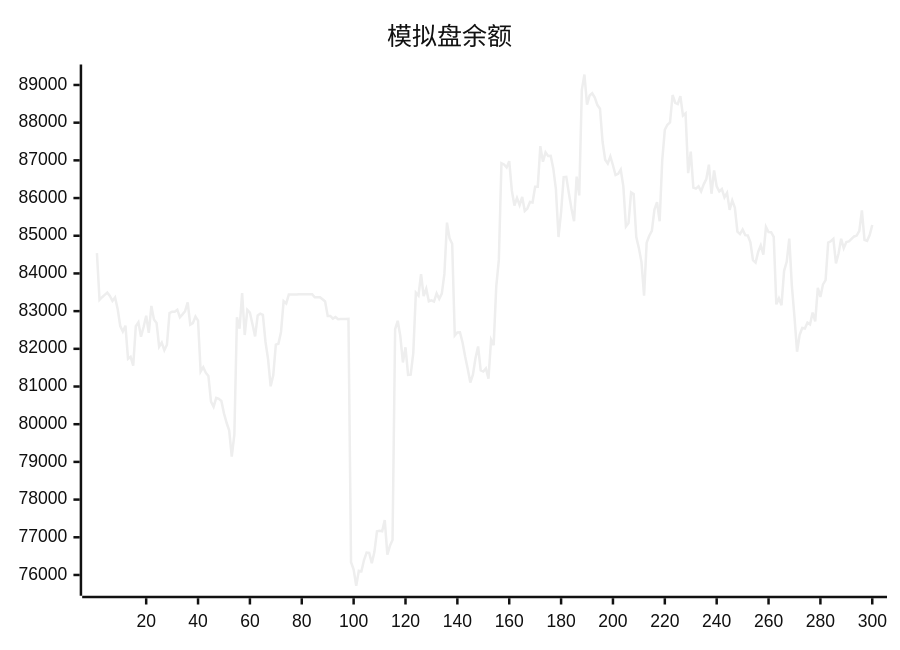
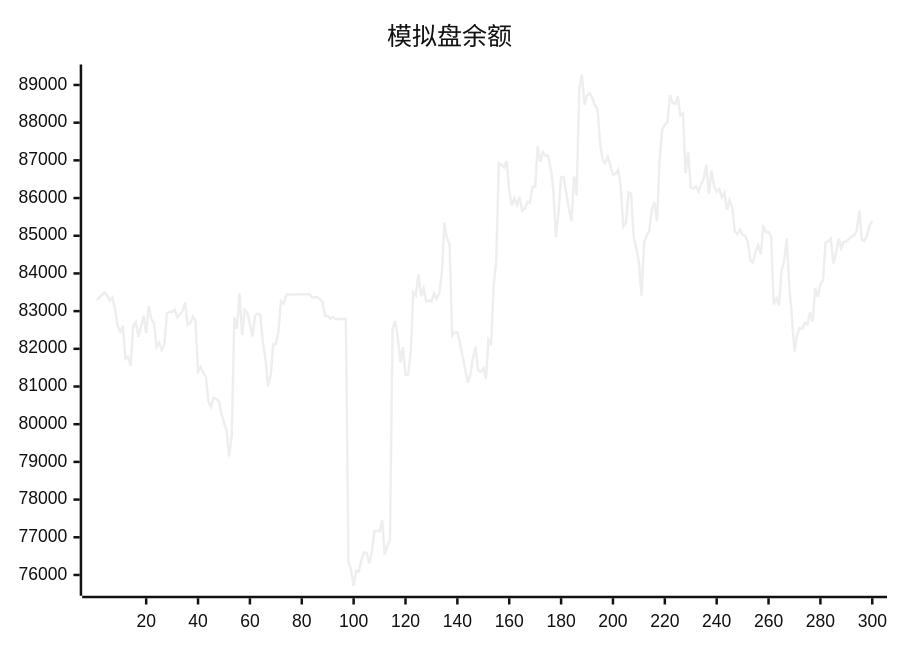
The diagram in README.md (aahl/ai-trading), drawn with Mermaid (neutral theme) before and after one commit. The commit also changed other lines of this file and 1 other file, not shown here.

````diff
--- a/README.md
+++ b/README.md
@@ -5,5 +5,5 @@
 ```mermaid
 xychart
     title "模拟盘余额"
-    line [84538,83299,83369,83430,83490,83404,83270,83362,83056,82605,82459,82614,81734,81788,81551,82598,82702,82320,82580,82878,82426,83139,82778,82686,82056,82166,81963,82110,82951,82983,82984,83038,82838,82915,82998,83235,82642,82682,82858,82746,81396,81512,81362,81277,80600,80461,80699,80673,80616,80288,80038,79836,79142,79722,82837,82533,83480,82366,83032,82960,82654,82330,82883,82934,82901,82188,81728,81005,81298,82110,82135,82449,83264,83203,83440,83439,83440,83440,83446,83447,83448,83447,83448,83449,83369,83369,83369,83313,83256,82872,82873,82801,82844,82785,82791,82791,82793,82794,76339,76145,75714,76110,76096,76397,76594,76585,76310,76607,77160,77170,77160,77456,76541,76774,76927,82520,82744,82337,81639,82040,81307,81314,81887,83490,83414,83984,83396,83594,83261,83287,83253,83470,83327,83465,83987,85348,84930,84786,82355,82433,82438,82167,81795,81466,81105,81315,81756,82064,81426,81398,81481,81210,82242,82099,83658,84359,86925,86892,86814,86980,86203,85802,86003,85811,86028,85657,85721,85896,85880,86300,86299,87378,86965,87214,87115,87118,86780,86238,84966,85623,86555,86562,86129,85722,85387,86569,86070,88870,89278,88477,88720,88781,88668,88467,88372,87493,87018,86917,87102,86870,86613,86644,86758,86317,85242,85334,86149,86106,84968,84671,84302,83410,84816,85001,85127,85693,85891,85384,87001,87811,87945,88007,88734,88528,88495,88705,88189,88248,86662,87234,86279,86251,86314,86177,86364,86503,86886,86114,86731,86310,86176,86240,86017,86136,85685,85938,85749,85111,85044,85164,85016,85008,84824,84354,84287,84572,84745,84500,85234,85096,85095,84970,83180,83338,83157,84070,84309,84922,83667,82850,81924,82369,82552,82539,82695,82648,82962,82728,83619,83378,83710,83825,84819,84854,84917,84265,84527,84919,84668,84834,84850,84916,84981,85004,85131,85674,84891,84864,85019,85284]
+    line [83299,83369,83430,83490,83404,83270,83362,83056,82605,82459,82614,81734,81788,81551,82598,82702,82320,82580,82878,82426,83139,82778,82686,82056,82166,81963,82110,82951,82983,82984,83038,82838,82915,82998,83235,82642,82682,82858,82746,81396,81512,81362,81277,80600,80461,80699,80673,80616,80288,80038,79836,79142,79722,82837,82533,83480,82366,83032,82960,82654,82330,82883,82934,82901,82188,81728,81005,81298,82110,82135,82449,83264,83203,83440,83439,83440,83440,83446,83447,83448,83447,83448,83449,83369,83369,83369,83313,83256,82872,82873,82801,82844,82785,82791,82791,82793,82794,76339,76145,75714,76110,76096,76397,76594,76585,76310,76607,77160,77170,77160,77456,76541,76774,76927,82520,82744,82337,81639,82040,81307,81314,81887,83490,83414,83984,83396,83594,83261,83287,83253,83470,83327,83465,83987,85348,84930,84786,82355,82433,82438,82167,81795,81466,81105,81315,81756,82064,81426,81398,81481,81210,82242,82099,83658,84359,86925,86892,86814,86980,86203,85802,86003,85811,86028,85657,85721,85896,85880,86300,86299,87378,86965,87214,87115,87118,86780,86238,84966,85623,86555,86562,86129,85722,85387,86569,86070,88870,89278,88477,88720,88781,88668,88467,88372,87493,87018,86917,87102,86870,86613,86644,86758,86317,85242,85334,86149,86106,84968,84671,84302,83410,84816,85001,85127,85693,85891,85384,87001,87811,87945,88007,88734,88528,88495,88705,88189,88248,86662,87234,86279,86251,86314,86177,86364,86503,86886,86114,86731,86310,86176,86240,86017,86136,85685,85938,85749,85111,85044,85164,85016,85008,84824,84354,84287,84572,84745,84500,85234,85096,85095,84970,83180,83338,83157,84070,84309,84922,83667,82850,81924,82369,82552,82539,82695,82648,82962,82728,83619,83378,83710,83825,84819,84854,84917,84265,84527,84919,84668,84834,84850,84916,84981,85004,85131,85674,84891,84864,85019,85284,85393]
 ```
````
